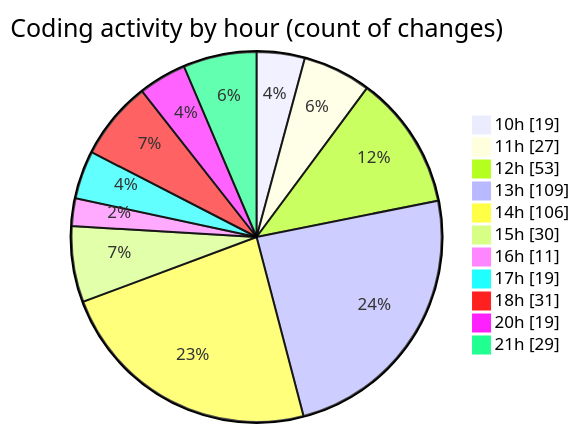
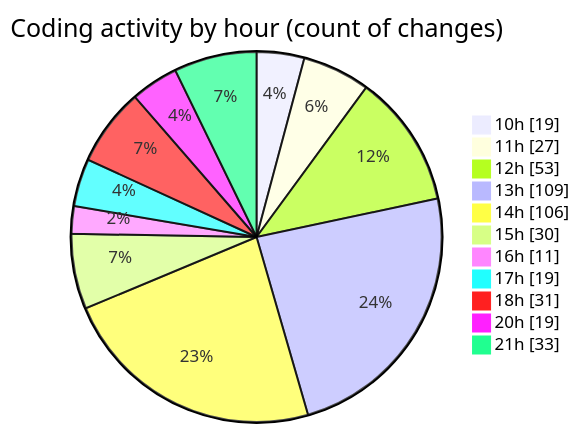
One commit to momahboobian/code-tracking changed the second of 2 diagrams in 2025-03-18/cda/README.md. Above: the diagram before and after it, drawn with Mermaid. The commit also changed other lines of this file and 1 other file, not shown here.

````diff
--- a/2025-03-18/cda/README.md
+++ b/2025-03-18/cda/README.md
@@ -44,15 +44,15 @@
 ```mermaid
 pie showData
 title Coding activity by hour (count of changes)
 "10h" : 19
 "11h" : 27
 "12h" : 53
 "13h" : 109
 "14h" : 106
 "15h" : 30
 "16h" : 11
 "17h" : 19
 "18h" : 31
 "20h" : 19
-"21h" : 29
+"21h" : 33
 ```
````
